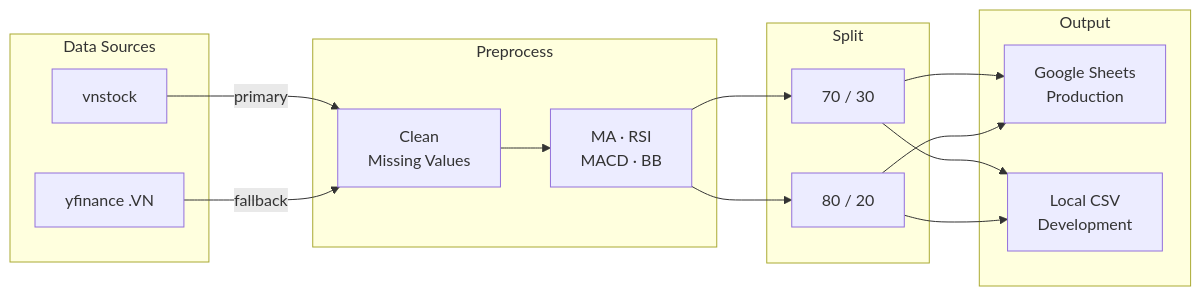
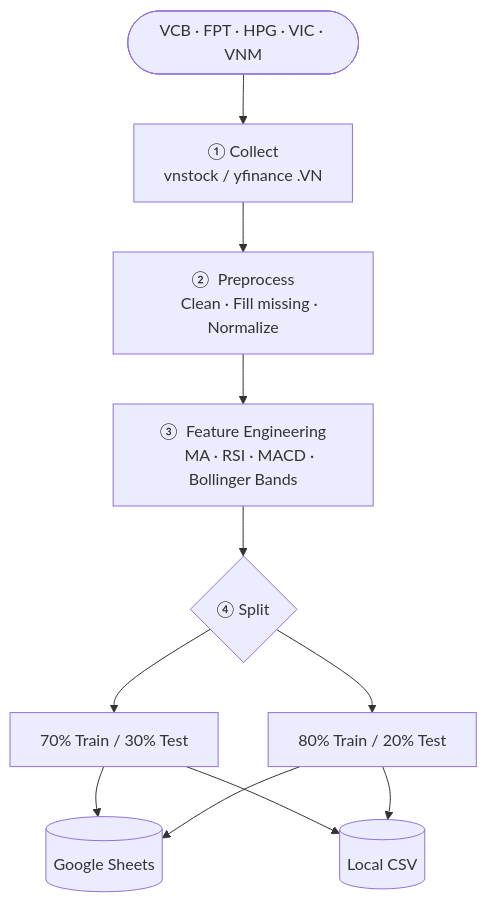
One commit to PhongNguyenTrung/stock-time-series changed the diagram in README.md. Above: the diagram before and after it, drawn with Mermaid.

Commit message:
Simplify Mermaid diagram: top-down, no subgraphs

````diff
--- a/README.md
+++ b/README.md
@@ -111,29 +111,26 @@
 ```mermaid
-flowchart LR
-    subgraph Sources["Data Sources"]
-        A1[vnstock]
-        A2[yfinance .VN]
-    end
+flowchart TD
+    A([VCB · FPT · HPG · VIC · VNM])
 
-    subgraph Preprocess["Preprocess"]
-        B1[Clean\nMissing Values]
-        B2[MA · RSI\nMACD · BB]
-    end
+    B["①  Collect
+    vnstock / yfinance .VN"]
 
-    subgraph Split["Split"]
-        C1[70 / 30]
-        C2[80 / 20]
-    end
+    C["②  Preprocess
+    Clean · Fill missing · Normalize"]
 
-    subgraph Output["Output"]
-        D1[Google Sheets\nProduction]
-        D2[Local CSV\nDevelopment]
-    end
+    D["③  Feature Engineering
+    MA · RSI · MACD · Bollinger Bands"]
 
-    A1 -->|primary| B1
-    A2 -->|fallback| B1
-    B1 --> B2
-    B2 --> C1 & C2
-    C1 & C2 --> D1
-    C1 & C2 --> D2
+    E{④  Split}
+
+    F["70% Train / 30% Test"]
+    G["80% Train / 20% Test"]
+
+    H[(Google Sheets)]
+    I[(Local CSV)]
+
+    A --> B --> C --> D --> E
+    E --> F & G
+    F --> H & I
+    G --> H & I
 ```
````
